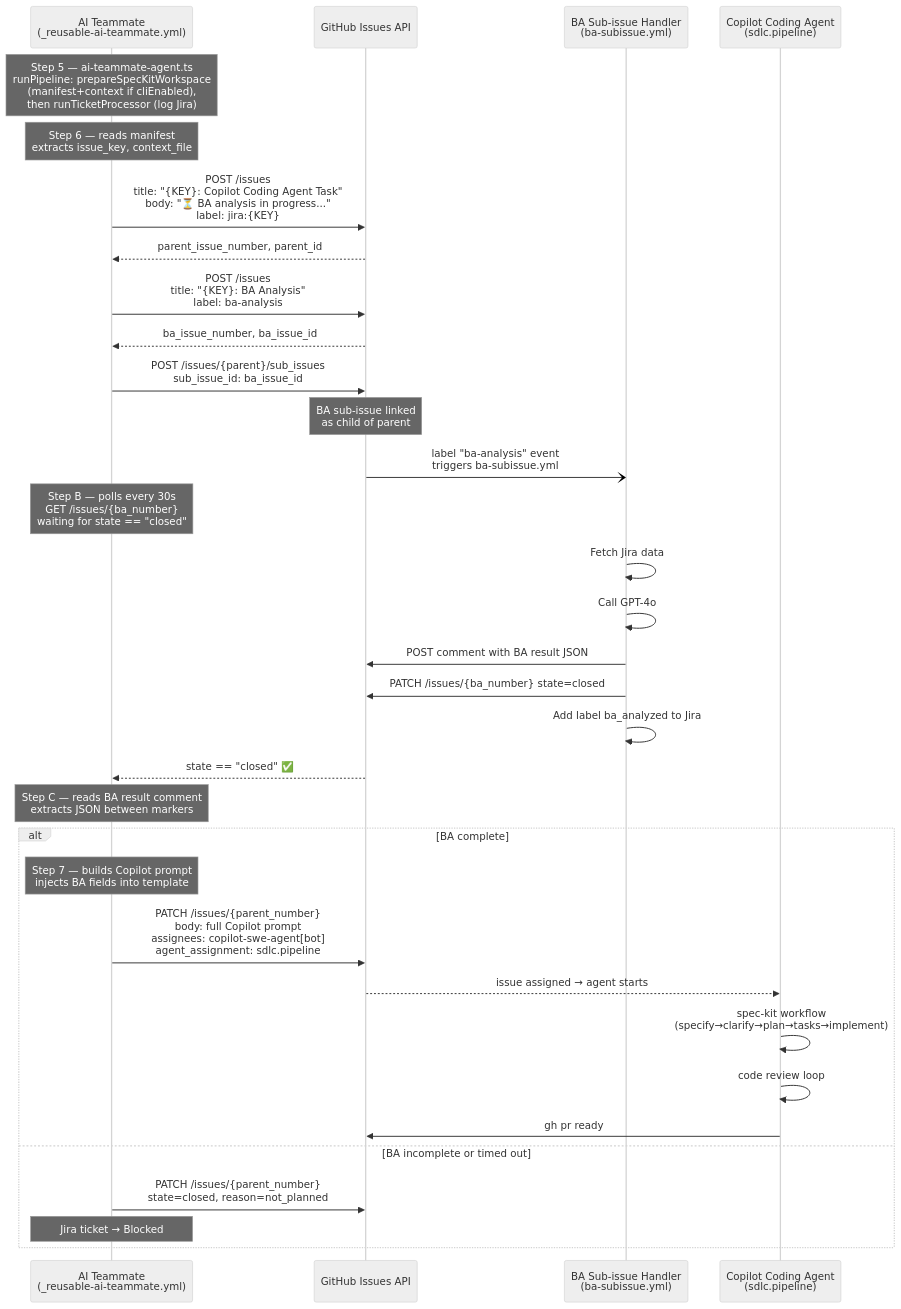
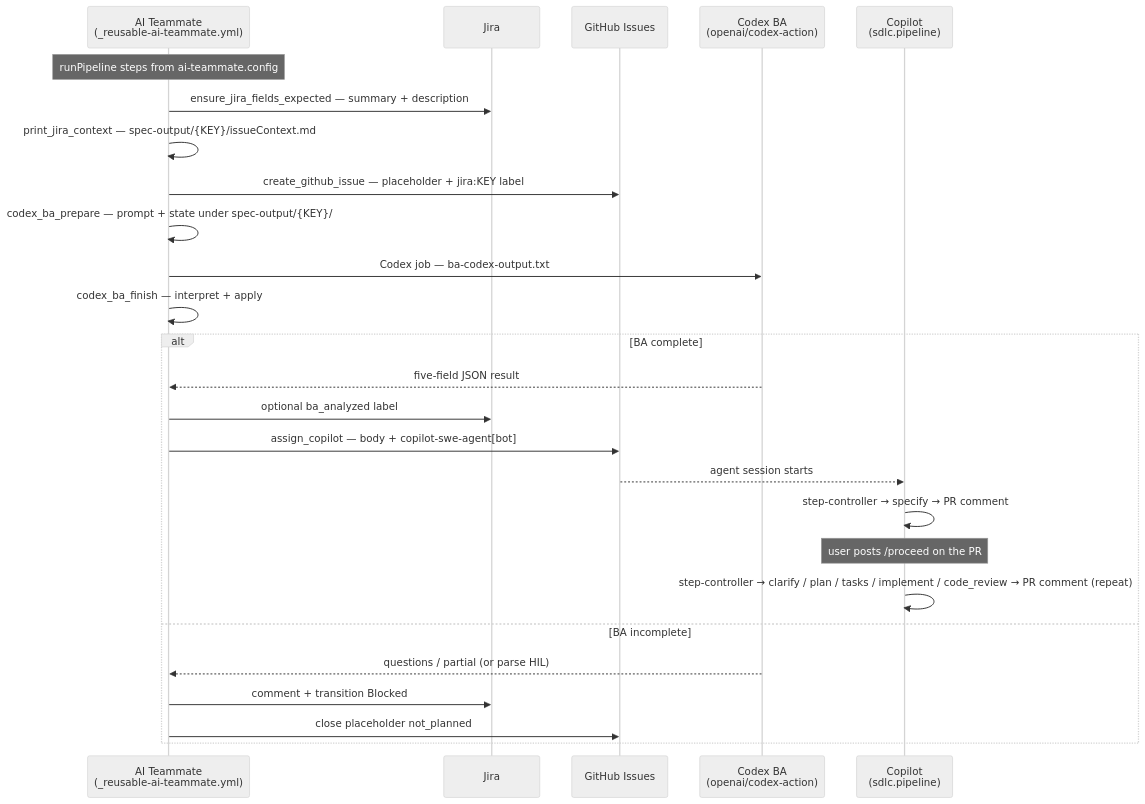
One commit to DmitryLukyanov/SDLCAgents changed the first of 3 diagrams in README.md. Above: the diagram before and after it, drawn with Mermaid (neutral theme). The commit also changed other lines of this file and 144 other files, not shown here.

````diff
--- a/README.md
+++ b/README.md
@@ -69,48 +102,30 @@
 ```mermaid
 sequenceDiagram
-    participant AT  as AI Teammate<br/>(_reusable-ai-teammate.yml)
-    participant GH  as GitHub Issues API
-    participant BA  as BA Sub-issue Handler<br/>(ba-subissue.yml)
-    participant COP as Copilot Coding Agent<br/>(sdlc.pipeline)
+    participant AT as AI Teammate<br/>(_reusable-ai-teammate.yml)
+    participant J as Jira
+    participant GH as GitHub Issues
+    participant CX as Codex BA<br/>(openai/codex-action)
+    participant COP as Copilot<br/>(sdlc.pipeline)
 
-    Note over AT: Step 5 — ai-teammate-agent.ts<br/>runPipeline: prepareSpecKitWorkspace<br/>(manifest+context if cliEnabled),<br/>then runTicketProcessor (log Jira)
+    Note over AT: runPipeline steps from ai-teammate.config
 
-    Note over AT: Step 6 — reads manifest<br/>extracts issue_key, context_file
-
-    AT->>GH: POST /issues<br/>title: "{KEY}: Copilot Coding Agent Task"<br/>body: "⏳ BA analysis in progress..."<br/>label: jira:{KEY}
-    GH-->>AT: parent_issue_number, parent_id
-
-    AT->>GH: POST /issues<br/>title: "{KEY}: BA Analysis"<br/>label: ba-analysis
-    GH-->>AT: ba_issue_number, ba_issue_id
-
-    AT->>GH: POST /issues/{parent}/sub_issues<br/>sub_issue_id: ba_issue_id
-    Note over GH: BA sub-issue linked<br/>as child of parent
-
-    GH-)BA: label "ba-analysis" event<br/>triggers ba-subissue.yml
-
-    Note over AT: Step B — polls every 30s<br/>GET /issues/{ba_number}<br/>waiting for state == "closed"
-
-    BA->>BA: Fetch Jira data
-    BA->>BA: Call GPT-4o
-    BA->>GH: POST comment with BA result JSON
-    BA->>GH: PATCH /issues/{ba_number} state=closed
-    BA->>BA: Add label ba_analyzed to Jira
-
-    GH-->>AT: state == "closed" ✅
-
-    Note over AT: Step C — reads BA result comment<br/>extracts JSON between markers
-
+    AT->>J: ensure_jira_fields_expected — summary + description
+    AT->>AT: print_jira_context — spec-output/{KEY}/issueContext.md
+    AT->>GH: create_github_issue — placeholder + jira:KEY label
+    AT->>AT: codex_ba_prepare — prompt + state under spec-output/{KEY}/
+    AT->>CX: Codex job — ba-codex-output.txt
+    AT->>AT: codex_ba_finish — interpret + apply
     alt BA complete
-        Note over AT: Step 7 — builds Copilot prompt<br/>injects BA fields into template
-
-        AT->>GH: PATCH /issues/{parent_number}<br/>body: full Copilot prompt<br/>assignees: copilot-swe-agent[bot]<br/>agent_assignment: sdlc.pipeline
-        GH-->>COP: issue assigned → agent starts
-
-        COP->>COP: spec-kit workflow<br/>(specify→clarify→plan→tasks→implement)
-        COP->>COP: code review loop
-        COP->>GH: gh pr ready
-    else BA incomplete or timed out
-        AT->>GH: PATCH /issues/{parent_number}<br/>state=closed, reason=not_planned
-        Note over AT: Jira ticket → Blocked
+        CX-->>AT: five-field JSON result
+        AT->>J: optional ba_analyzed label
+        AT->>GH: assign_copilot — body + copilot-swe-agent[bot]
+        GH-->>COP: agent session starts
+        COP->>COP: step-controller → specify → PR comment
+        Note over COP: user posts /proceed on the PR
+        COP->>COP: step-controller → clarify / plan / tasks / implement / code_review → PR comment (repeat)
+    else BA incomplete
+        CX-->>AT: questions / partial (or parse HIL)
+        AT->>J: comment + transition Blocked
+        AT->>GH: close placeholder not_planned
     end
 ```
````
